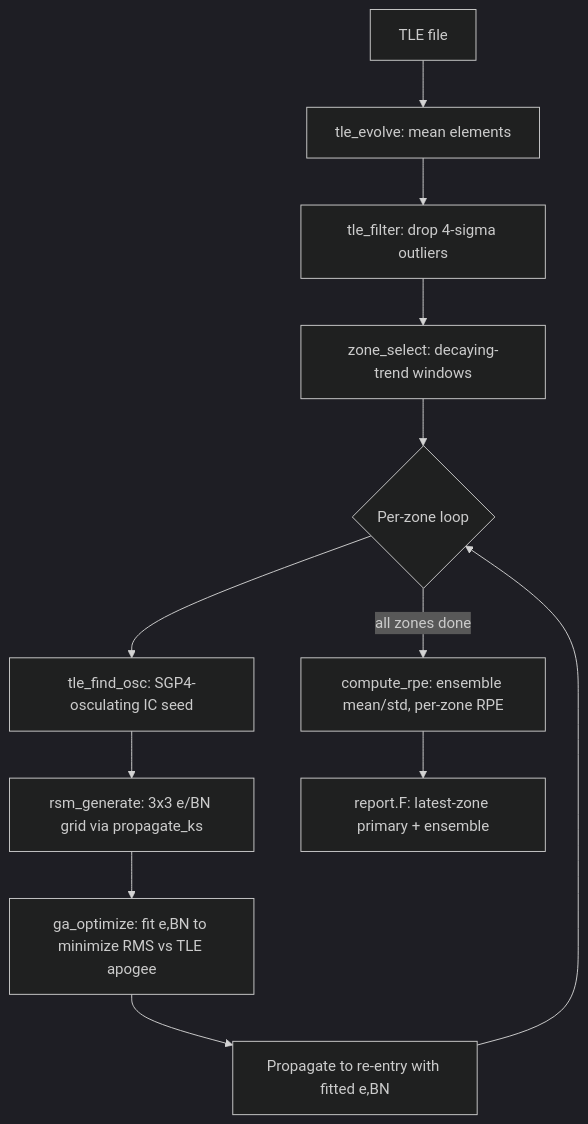
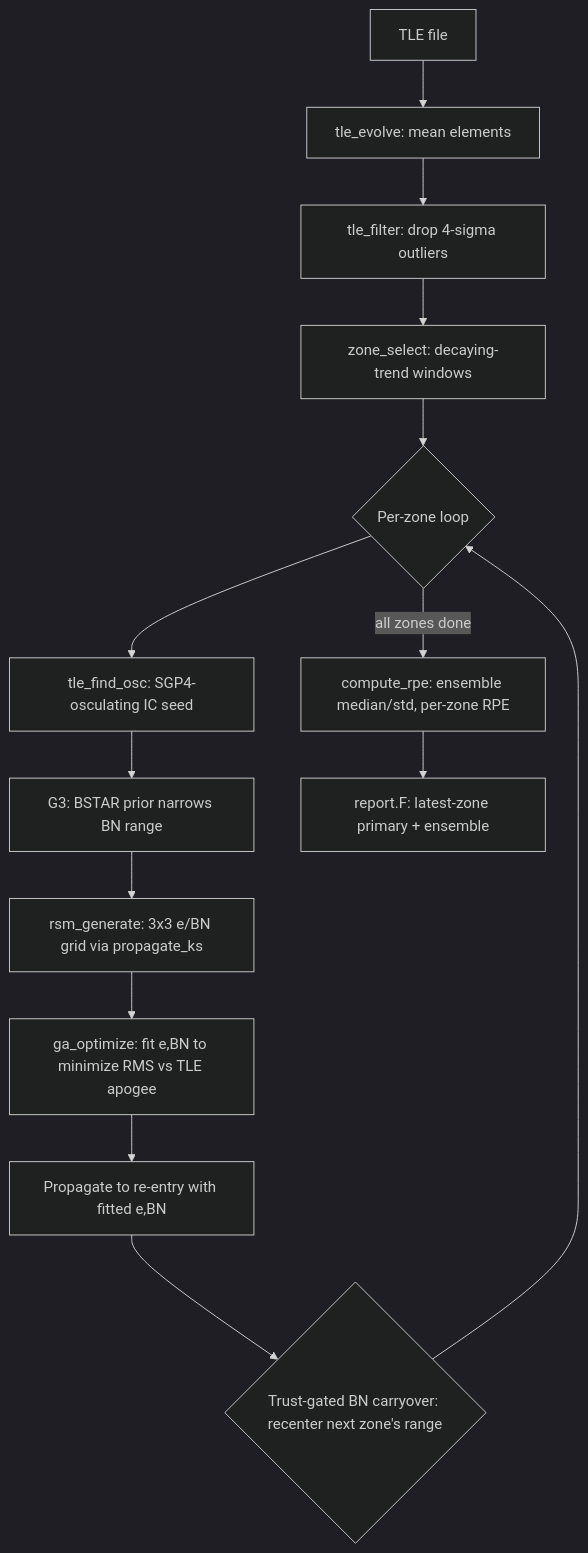
One commit to hari251086/OREM changed the diagram in ALGORITHM.md. Above: the diagram before and after it, drawn with Mermaid (dark theme). The commit also changed other lines of this file and 1 other file, not shown here.

First line of the commit message:
Refresh ARCHITECTURE.md/ALGORITHM.md to match current pipeline (v1.45)

````diff
--- a/ALGORITHM.md
+++ b/ALGORITHM.md
@@ -114,14 +147,16 @@
 ```mermaid
 flowchart TD
     A[TLE file] --> B[tle_evolve: mean elements]
     B --> C[tle_filter: drop 4-sigma outliers]
     C --> D[zone_select: decaying-trend windows]
     D --> E{Per-zone loop}
     E --> F[tle_find_osc: SGP4-osculating IC seed]
-    F --> G[rsm_generate: 3x3 e/BN grid via propagate_ks]
+    F --> G0[G3: BSTAR prior narrows BN range]
+    G0 --> G[rsm_generate: 3x3 e/BN grid via propagate_ks]
     G --> H[ga_optimize: fit e,BN to minimize RMS vs TLE apogee]
     H --> I[Propagate to re-entry with fitted e,BN]
-    I --> E
-    E -- all zones done --> J[compute_rpe: ensemble mean/std, per-zone RPE]
+    I --> G1{Trust-gated BN carryover: recenter next zone's range}
+    G1 --> E
+    E -- all zones done --> J[compute_rpe: ensemble median/std, per-zone RPE]
     J --> K[report.F: latest-zone primary + ensemble]
 ```
````
